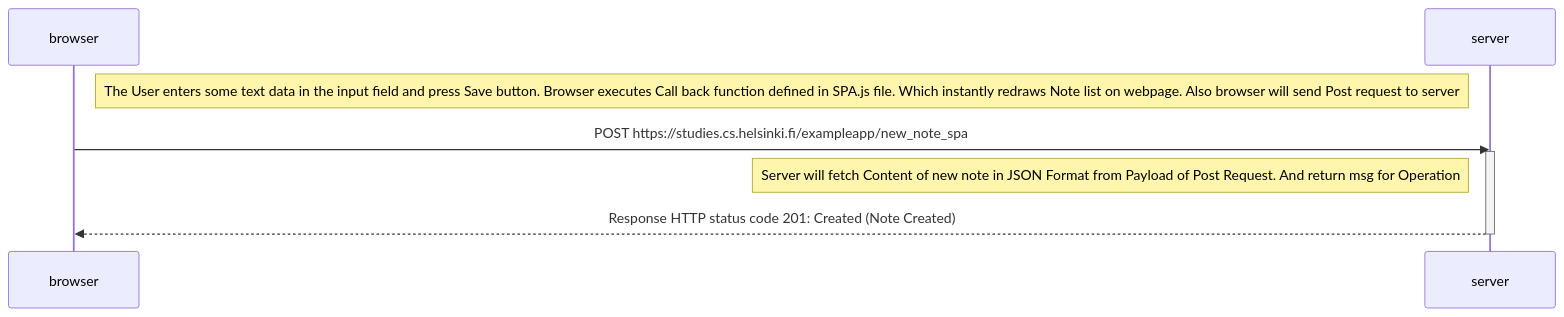
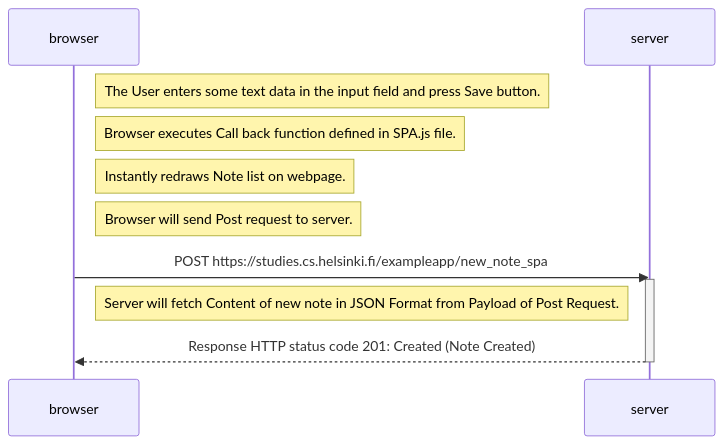
One commit to ShahzaibAmjad/Fullstack_Course_Exercises changed the diagram in part0/0.6 - New note in Single page app diagram.md. Above: the diagram before and after it, drawn with Mermaid.

Commit message:
0.6 SPA New Note 2nd Draft

````diff
--- a/part0/0.6 - New note in Single page app diagram.md
+++ b/part0/0.6 - New note in Single page app diagram.md
@@ -3,17 +3,21 @@
 ```mermaid
 
 sequenceDiagram
     participant browser
     participant server
 
-    Note right of browser: The User enters some text data in the input field and press Save button. Browser executes Call back function defined in SPA.js file. Which instantly redraws Note list on webpage. Also browser will send Post request to server
+    Note right of browser: The User enters some text data in the input field and press Save button.
+    Note right of browser:  Browser executes Call back function defined in SPA.js file.
+    Note right of browser:  Instantly redraws Note list on webpage.
+    Note right of browser:  Browser will send Post request to server.
+
 
     browser->>server: POST https://studies.cs.helsinki.fi/exampleapp/new_note_spa
     activate server
     
-    Note left of server: Server will fetch Content of new note in JSON Format from Payload of Post Request. And return msg for Operation
+    Note left of server: Server will fetch Content of new note in JSON Format from Payload of Post Request.
 
     server-->>browser: Response HTTP status code 201: Created (Note Created)
     deactivate server
 
 ```
````
